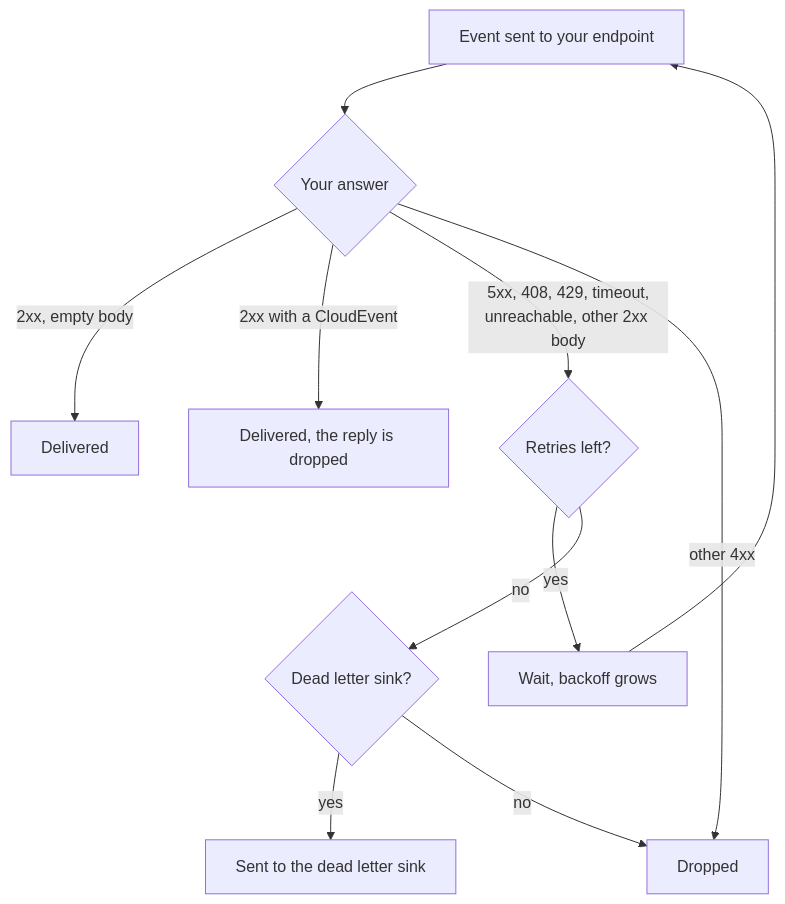
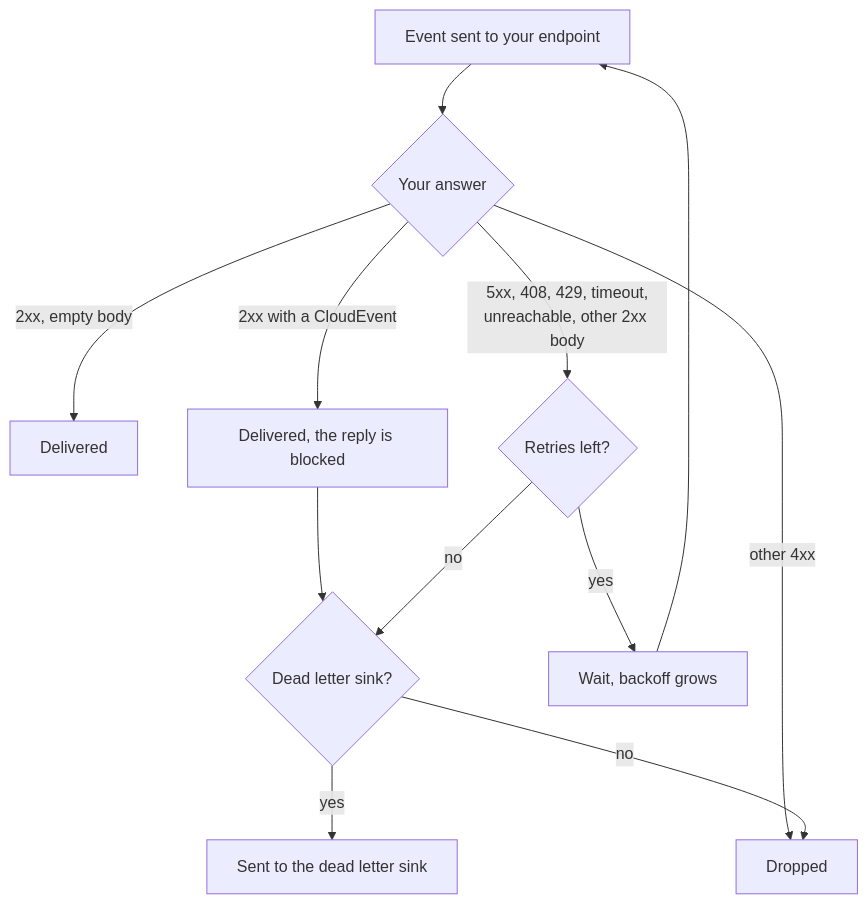
The diagram in docs/subscribing.md (hellsontime/contrib-eventing), drawn with Mermaid before and after one commit. The commit also changed other lines of this file and 3 other files, not shown here.

First line of the commit message:
docs, test: a blocked reply sends the event to the dead letter sink

````diff
--- a/docs/subscribing.md
+++ b/docs/subscribing.md
@@ -79,12 +82,13 @@
 ```mermaid
 flowchart TD
   send[Event sent to your endpoint] --> answer{Your answer}
   answer -- "2xx, empty body" --> done[Delivered]
-  answer -- "2xx with a CloudEvent" --> reply["Delivered, the reply is dropped"]
+  answer -- "2xx with a CloudEvent" --> reply["Delivered, the reply is blocked"]
+  reply --> dlsset
   answer -- "5xx, 408, 429, timeout,<br/>unreachable, other 2xx body" --> left{Retries left?}
   answer -- other 4xx --> dropped[Dropped]
   left -- yes --> wait[Wait, backoff grows] --> send
   left -- no --> dlsset{Dead letter sink?}
   dlsset -- yes --> dl[Sent to the dead letter sink]
   dlsset -- no --> dropped
 ```
````
